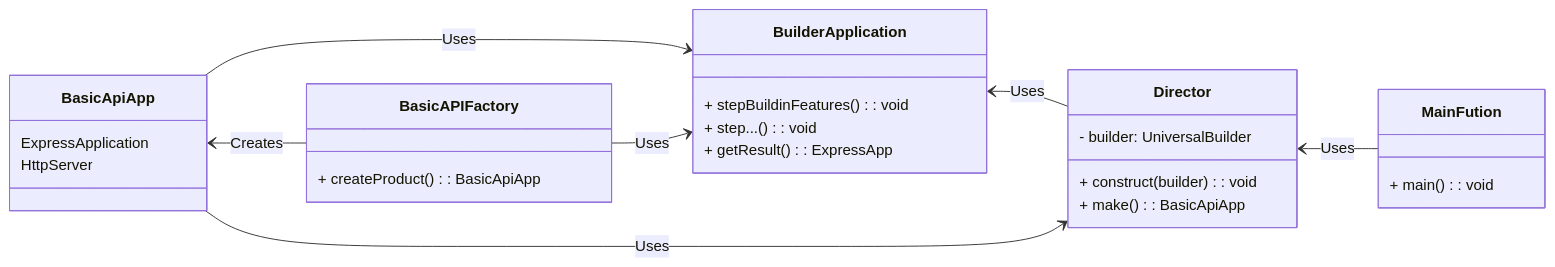
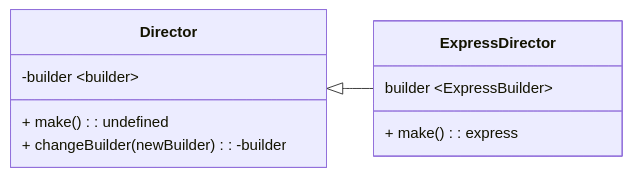
The second of 2 diagrams in src/application/build/README.md (Cris-Mur/BasicAPI), drawn with Mermaid before and after one commit. The commit also changed other lines of this file and 6 other files, not shown here.

````diff
--- a/src/application/build/README.md
+++ b/src/application/build/README.md
@@ -3,35 +15,16 @@
 ```mermaid
 classDiagram
     direction RL
-    class MainFution {
-        + main(): void
+
+    class Director {
+        -builder ~builder~
+        + make(): undefined
+        + changeBuilder(newBuilder): -builder
     }
 
-    class Director {
-        - builder: UniversalBuilder
-        + construct(builder): void
-        + make(): BasicApiApp
+    class ExpressDirector {
+        builder ~ExpressBuilder~
+        + make(): express
     }
-
-    class BuilderApplication {
-        + stepBuildinFeatures(): void
-        + step...(): void
-        + getResult(): ExpressApp
-    }
-
-    class BasicApiApp {
-        ExpressApplication
-        HttpServer
-    }
-
-    class BasicAPIFactory {
-        + createProduct(): BasicApiApp
-    }
-
-    MainFution --> Director : Uses
-    Director --> BuilderApplication: Uses
-    BuilderApplication <-- BasicAPIFactory : Uses
-    BuilderApplication <-- BasicApiApp : Uses
-    BasicAPIFactory --> BasicApiApp : Creates
-    BasicApiApp --> Director : Uses
+    ExpressDirector --|> Director
 ```
````
